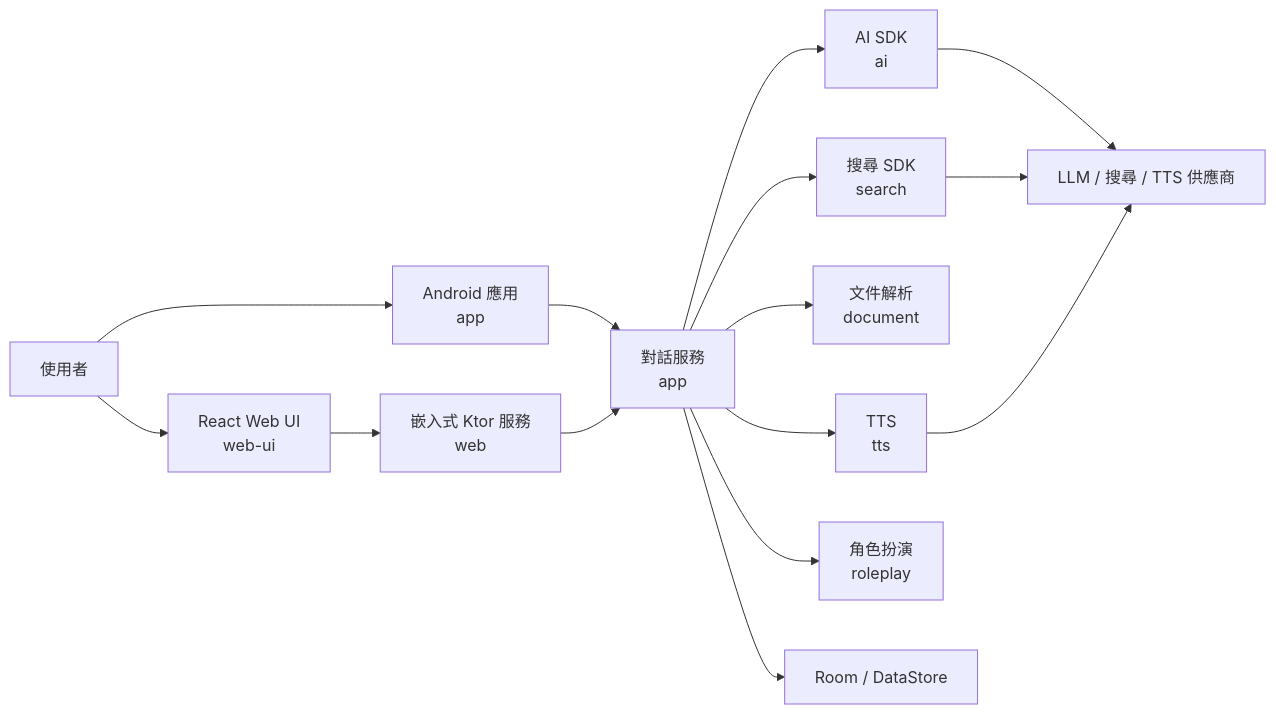
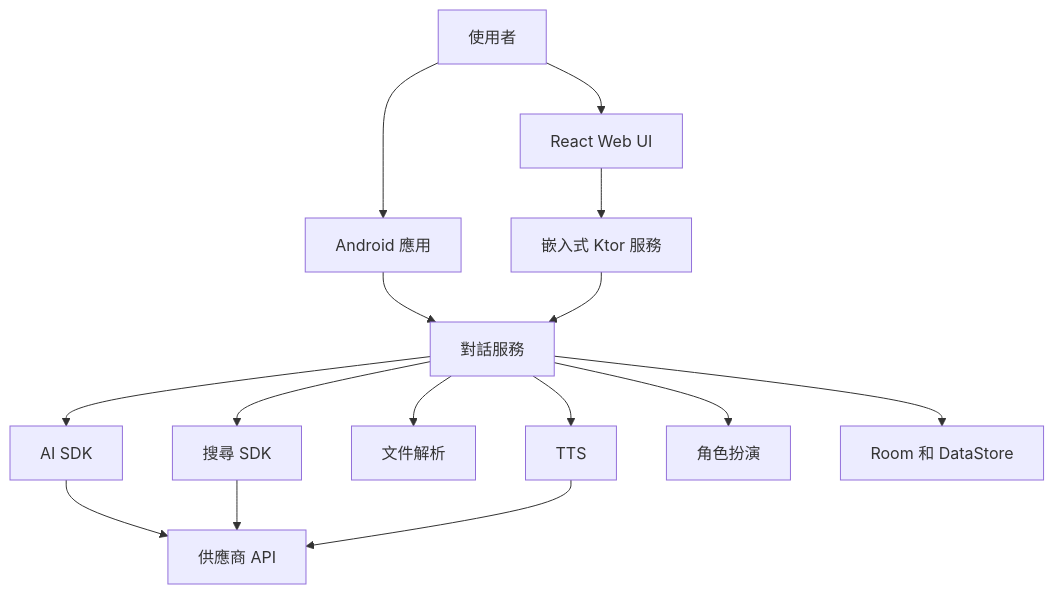
One commit to EterUltimate/EterUee changed the second of 7 diagrams in README_ZH_TW.md. Above: the diagram before and after it, drawn with Mermaid. The commit also changed other lines of this file and 2 other files, not shown here.

Commit message:
docs: make README diagrams GitHub-safe

````diff
--- a/README_ZH_TW.md
+++ b/README_ZH_TW.md
@@ -88,30 +88,30 @@
 ```mermaid
-flowchart LR
-    User["使用者"]
-    Android["Android 應用\napp"]
-    WebUI["React Web UI\nweb-ui"]
-    WebServer["嵌入式 Ktor 服務\nweb"]
-    Conversation["對話服務\napp"]
-    AI["AI SDK\nai"]
-    Search["搜尋 SDK\nsearch"]
-    Docs["文件解析\ndocument"]
-    TTS["TTS\ntts"]
-    Roleplay["角色扮演\nroleplay"]
-    Store["Room / DataStore"]
-    Provider["LLM / 搜尋 / TTS 供應商"]
+graph TD
+    User[使用者]
+    Android[Android 應用]
+    WebUI[React Web UI]
+    WebServer[嵌入式 Ktor 服務]
+    Conversation[對話服務]
+    AI[AI SDK]
+    Search[搜尋 SDK]
+    Docs[文件解析]
+    TTS[TTS]
+    Roleplay[角色扮演]
+    Store[Room 和 DataStore]
+    Provider[供應商 API]
 
     User --> Android
     User --> WebUI
     WebUI --> WebServer
     Android --> Conversation
     WebServer --> Conversation
     Conversation --> AI
     Conversation --> Search
     Conversation --> Docs
     Conversation --> TTS
     Conversation --> Roleplay
     Conversation --> Store
     AI --> Provider
     Search --> Provider
     TTS --> Provider
 ```
````
